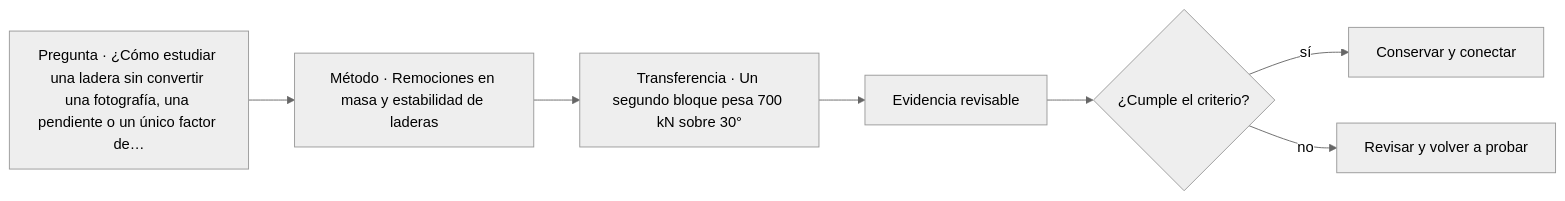
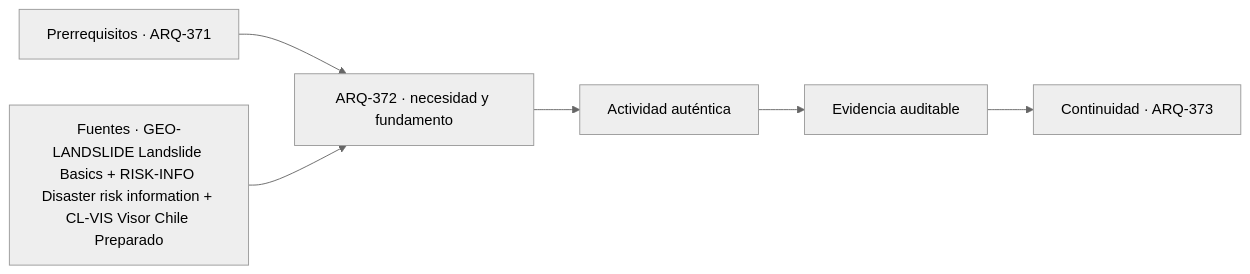
The diagram in classes/parte-38/ARQ-372.md (vladimiracunadev-create/architecture-built-environment-learning-program), drawn with Mermaid (neutral theme) before and after one commit. The commit also changed other lines of this file and 761 other files, not shown here.

````diff
--- a/classes/parte-38/ARQ-372.md
+++ b/classes/parte-38/ARQ-372.md
@@ -101,9 +113,8 @@
 ```mermaid
 flowchart LR
-    Q["Pregunta · ¿Cómo estudiar una ladera sin convertir una fotografía, una pendiente o un único factor de…"] --> M["Método · Remociones en masa y estabilidad de laderas"]
-    M --> P["Transferencia · Un segundo bloque pesa 700 kN sobre 30°"]
-    P --> E["Evidencia revisable"]
-    E --> C{"¿Cumple el criterio?"}
-    C -->|sí| T["Conservar y conectar"]
-    C -->|no| R["Revisar y volver a probar"]
+    A["Prerrequisitos · ARQ-371"] --> B["ARQ-372 · necesidad y fundamento"]
+    S["Fuentes · GEO-LANDSLIDE Landslide Basics + RISK-INFO Disaster risk information + CL-VIS Visor Chile Preparado"] --> B
+    B --> C["Actividad auténtica"]
+    C --> D["Evidencia auditable"]
+    D --> E["Continuidad · ARQ-373"]
 ```
````
